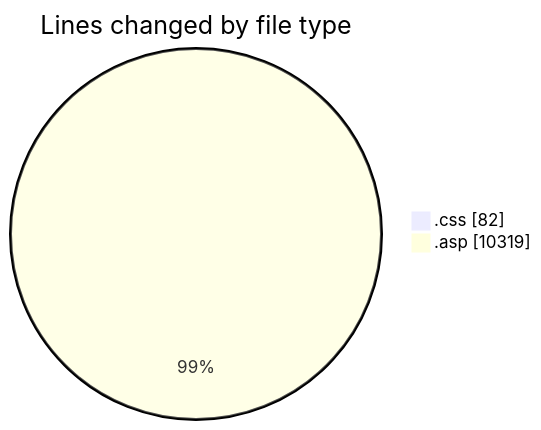
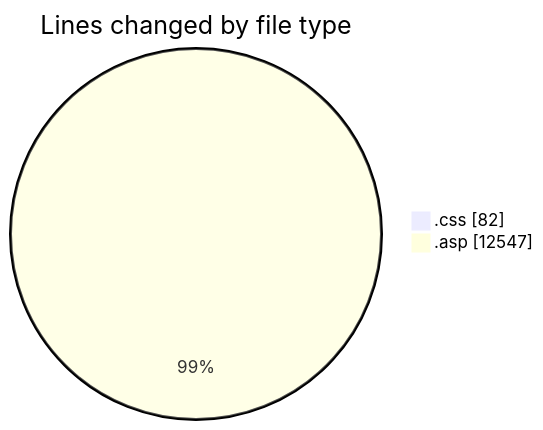
Before and after one commit to julien-gomy/code-tracking: the first of 2 diagrams in 2025-11-16/cdp_aleoudev_fr__workspace_/README.md, drawn with Mermaid. The commit also changed other lines of this file and 1 other file, not shown here.

````diff
--- a/2025-11-16/cdp_aleoudev_fr__workspace_/README.md
+++ b/2025-11-16/cdp_aleoudev_fr__workspace_/README.md
@@ -34,6 +36,6 @@
 ```mermaid
 pie showData
 title Lines changed by file type
 ".css" : 82
-".asp" : 10319
+".asp" : 12547
 ```
````
